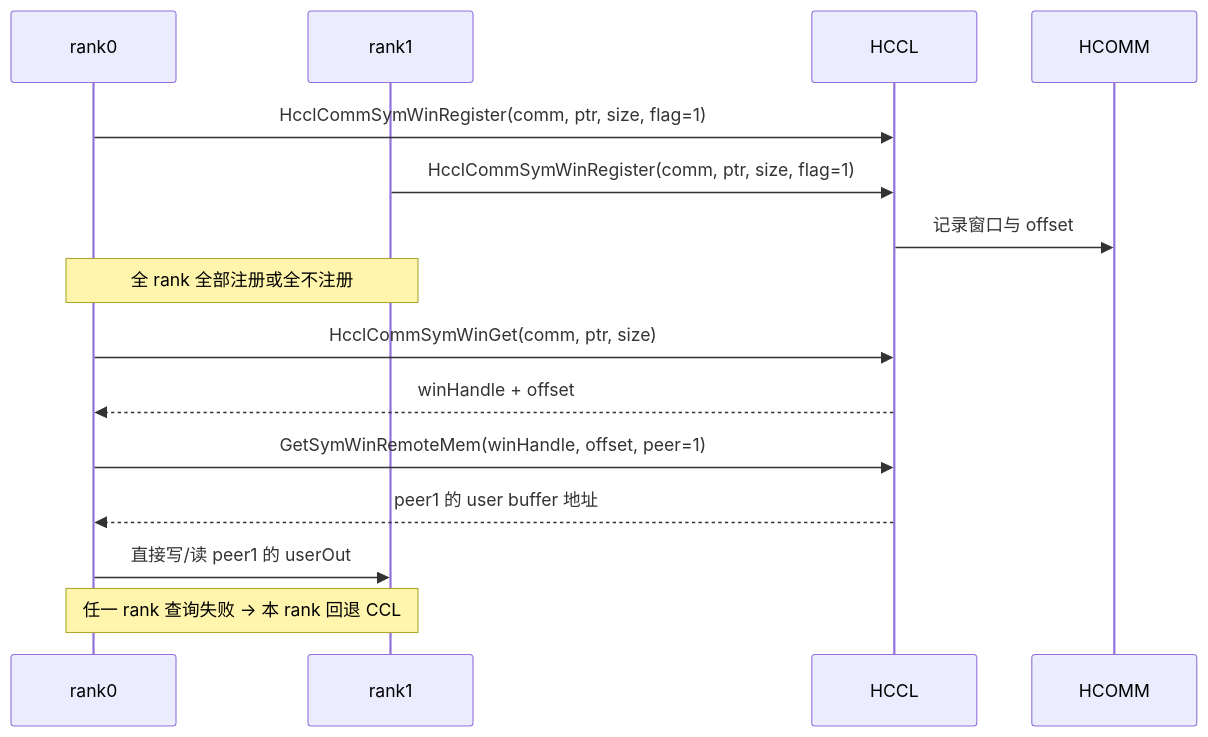
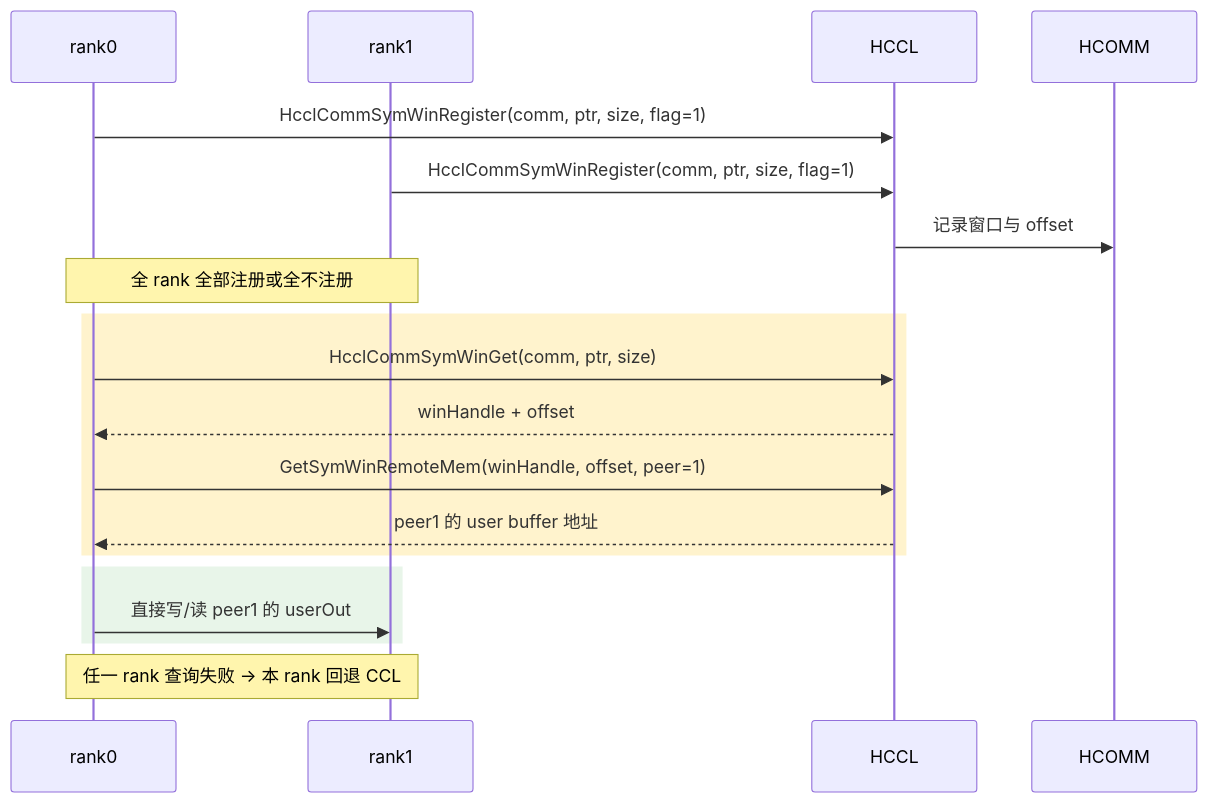
The first of 10 diagrams in design/26RP4/支持allgatherV、reduce算子的零拷贝模式/SRS_SD-AllGatherV与Reduce零拷贝.md (cassielee-tech/my-lib), drawn with Mermaid before and after one commit. The commit also changed other lines of this file, not shown here.

Commit message:
docs: 零拷贝关键流程图增加改动高亮

````diff
--- a/design/26RP4/支持allgatherV、reduce算子的零拷贝模式/SRS_SD-AllGatherV与Reduce零拷贝.md
+++ b/design/26RP4/支持allgatherV、reduce算子的零拷贝模式/SRS_SD-AllGatherV与Reduce零拷贝.md
@@ -68,17 +70,21 @@
 ```mermaid
 sequenceDiagram
     participant R0 as rank0
     participant R1 as rank1
     participant H as HCCL
     participant HCOMM as HCOMM
     R0->>H: HcclCommSymWinRegister(comm, ptr, size, flag=1)
     R1->>H: HcclCommSymWinRegister(comm, ptr, size, flag=1)
     H->>HCOMM: 记录窗口与 offset
     Note over R0,R1: 全 rank 全部注册或全不注册
+    rect rgb(255, 243, 205)
     R0->>H: HcclCommSymWinGet(comm, ptr, size)
     H-->>R0: winHandle + offset
     R0->>H: GetSymWinRemoteMem(winHandle, offset, peer=1)
     H-->>R0: peer1 的 user buffer 地址
+    end
+    rect rgb(232, 245, 233)
     R0->>R1: 直接写/读 peer1 的 userOut
+    end
     Note over R0,R1: 任一 rank 查询失败 → 本 rank 回退 CCL
 ```
````
